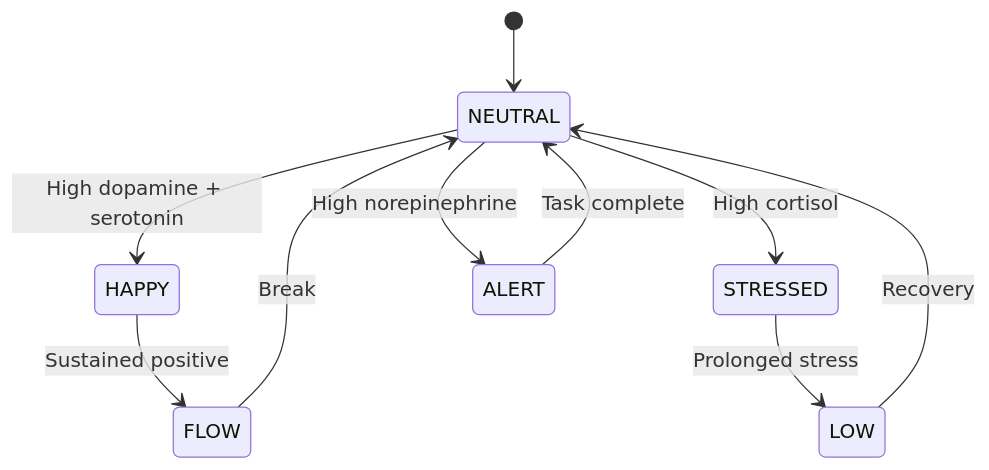
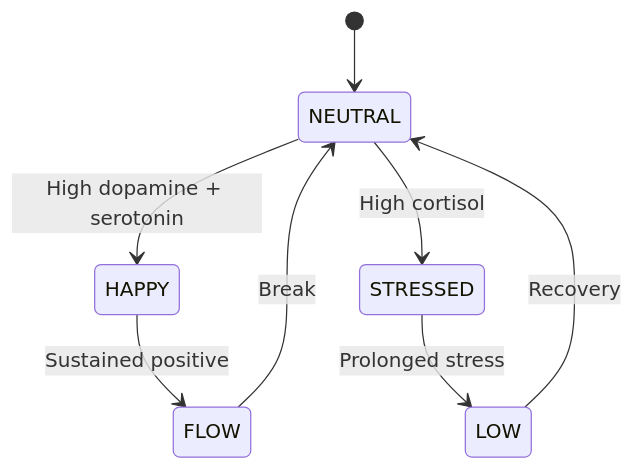
The fifth of 6 diagrams in docs-v2/story/overview.md (AlexanderNarbaev/agi), drawn with Mermaid before and after one commit. The commit also changed other lines of this file, not shown here.

````diff
--- a/docs-v2/story/overview.md
+++ b/docs-v2/story/overview.md
@@ -163,12 +119,10 @@
 ```mermaid
 stateDiagram-v2
     [*] --> NEUTRAL
     NEUTRAL --> HAPPY : High dopamine + serotonin
     NEUTRAL --> STRESSED : High cortisol
-    NEUTRAL --> ALERT : High norepinephrine
     HAPPY --> FLOW : Sustained positive
     STRESSED --> LOW : Prolonged stress
-    ALERT --> NEUTRAL : Task complete
+    FLOW --> NEUTRAL : Break
     LOW --> NEUTRAL : Recovery
-    FLOW --> NEUTRAL : Break
 ```
````
